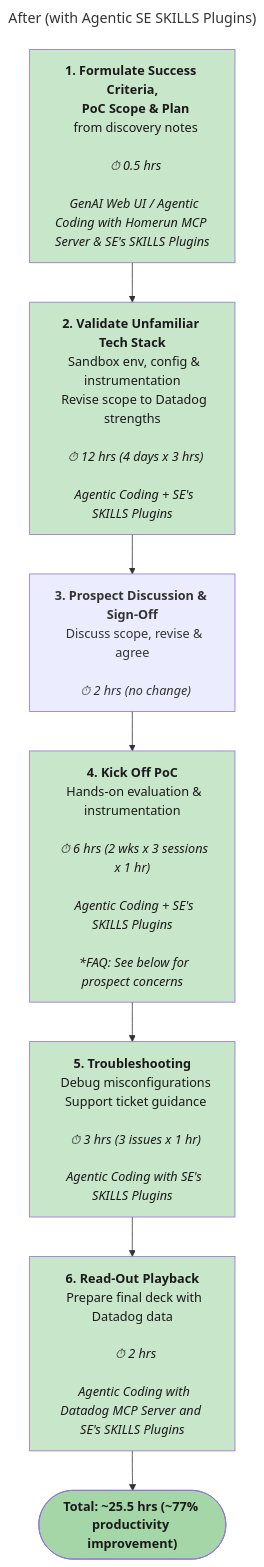
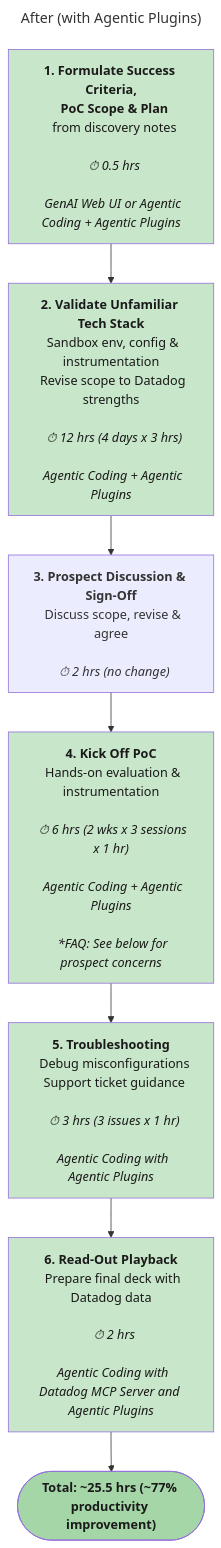
Before and after one commit to jek-bao-choo/sales-engineering-poc-automation: the second of 2 diagrams in docs/index.md, drawn with Mermaid. The commit also changed other lines of this file and 1 other file, not shown here.

````diff
--- a/docs/index.md
+++ b/docs/index.md
@@ -66,53 +64,53 @@
 ``` mermaid
 ---
-title: After (with Agentic SE SKILLS Plugins)
+title: After (with Agentic Plugins)
 ---
 graph TD
   A["<b>1. Formulate Success Criteria,</b>
   <b>PoC Scope & Plan</b>
   from discovery notes
   <i></i>
   <i>⏱ 0.5 hrs</i>
   <i></i>  
-  <i>GenAI Web UI / Agentic Coding with Homerun MCP Server & SE's SKILLS Plugins</i>"]
+  <i>GenAI Web UI or Agentic Coding + Agentic Plugins</i>"]
   B["<b>2. Validate Unfamiliar Tech Stack</b>
   Sandbox env, config & instrumentation
   Revise scope to Datadog strengths
   <i></i>
   <i>⏱ 12 hrs (4 days x 3 hrs)</i>
   <i></i>
-  <i>Agentic Coding + SE's SKILLS Plugins</i>"]
+  <i>Agentic Coding + Agentic Plugins</i>"]
   C["<b>3. Prospect Discussion & Sign-Off</b>
   Discuss scope, revise & agree
   <i></i>
   <i>⏱ 2 hrs (no change)</i>"]
   D["<b>4. Kick Off PoC</b>
   Hands-on evaluation & instrumentation
   <i></i>
   <i>⏱ 6 hrs (2 wks x 3 sessions x 1 hr)</i>
   <i></i>  
-  <i>Agentic Coding + SE's SKILLS Plugins</i>
+  <i>Agentic Coding + Agentic Plugins</i>
   <i></i>
   <i>*FAQ: See below for prospect concerns</i>"]
   E["<b>5. Troubleshooting</b>
   Debug misconfigurations
   Support ticket guidance
   <i></i>
   <i>⏱ 3 hrs (3 issues x 1 hr)</i>
   <i></i>
-  <i>Agentic Coding with SE's SKILLS Plugins</i>"]
+  <i>Agentic Coding with Agentic Plugins</i>"]
   F["<b>6. Read-Out Playback</b>
   Prepare final deck with Datadog data
   <i></i>
   <i>⏱ 2 hrs</i>
   <i></i>
-  <i>Agentic Coding with Datadog MCP Server and SE's SKILLS Plugins</i>"]
+  <i>Agentic Coding with Datadog MCP Server and Agentic Plugins</i>"]
   G(["<b>Total: ~25.5 hrs (~77% productivity improvement)</b>"])
   A --> B --> C --> D --> E --> F --> G
   style A fill:#c8e6c9,color:#1a1a1a
   style B fill:#c8e6c9,color:#1a1a1a
   style D fill:#c8e6c9,color:#1a1a1a
   style E fill:#c8e6c9,color:#1a1a1a
   style F fill:#c8e6c9,color:#1a1a1a
   style G fill:#a5d6a7,color:#1a1a1a
 ```
````
